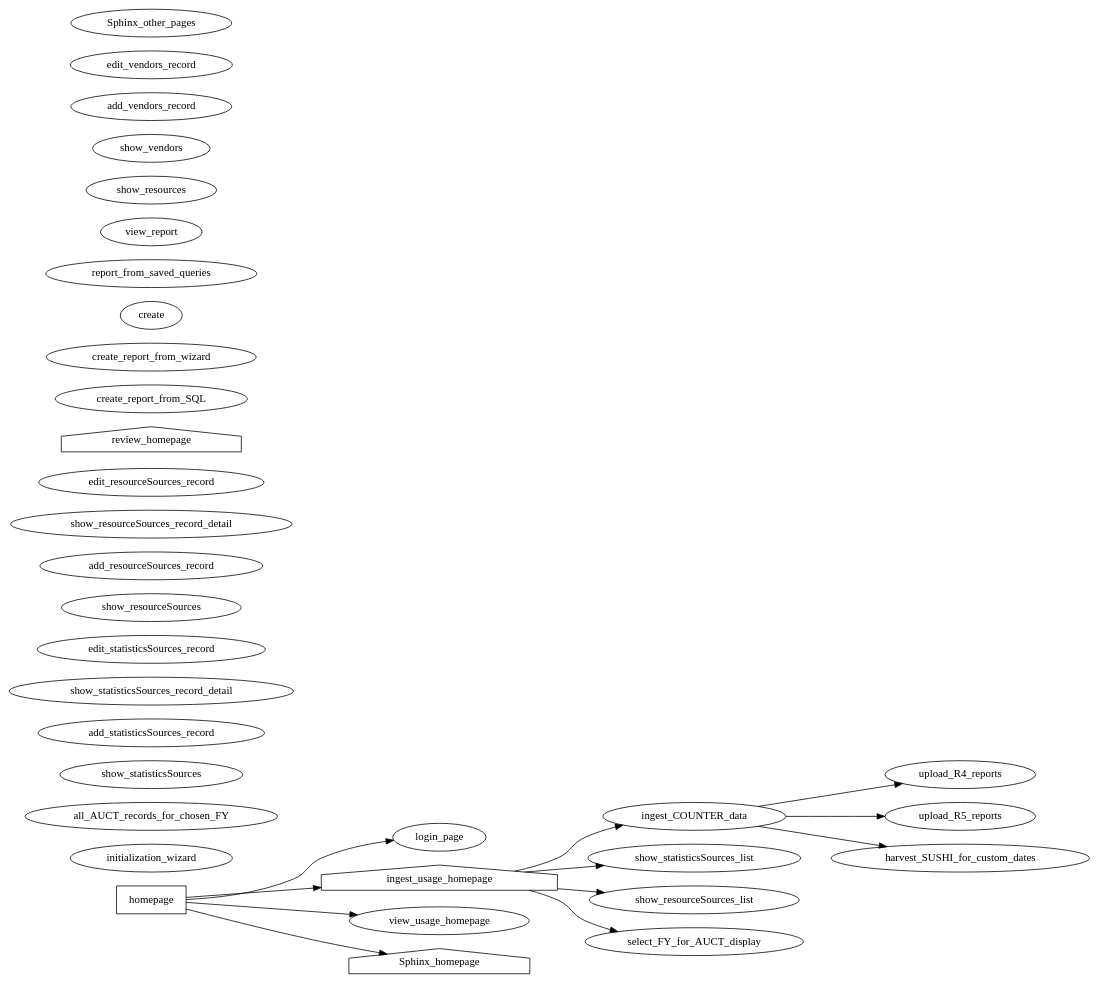
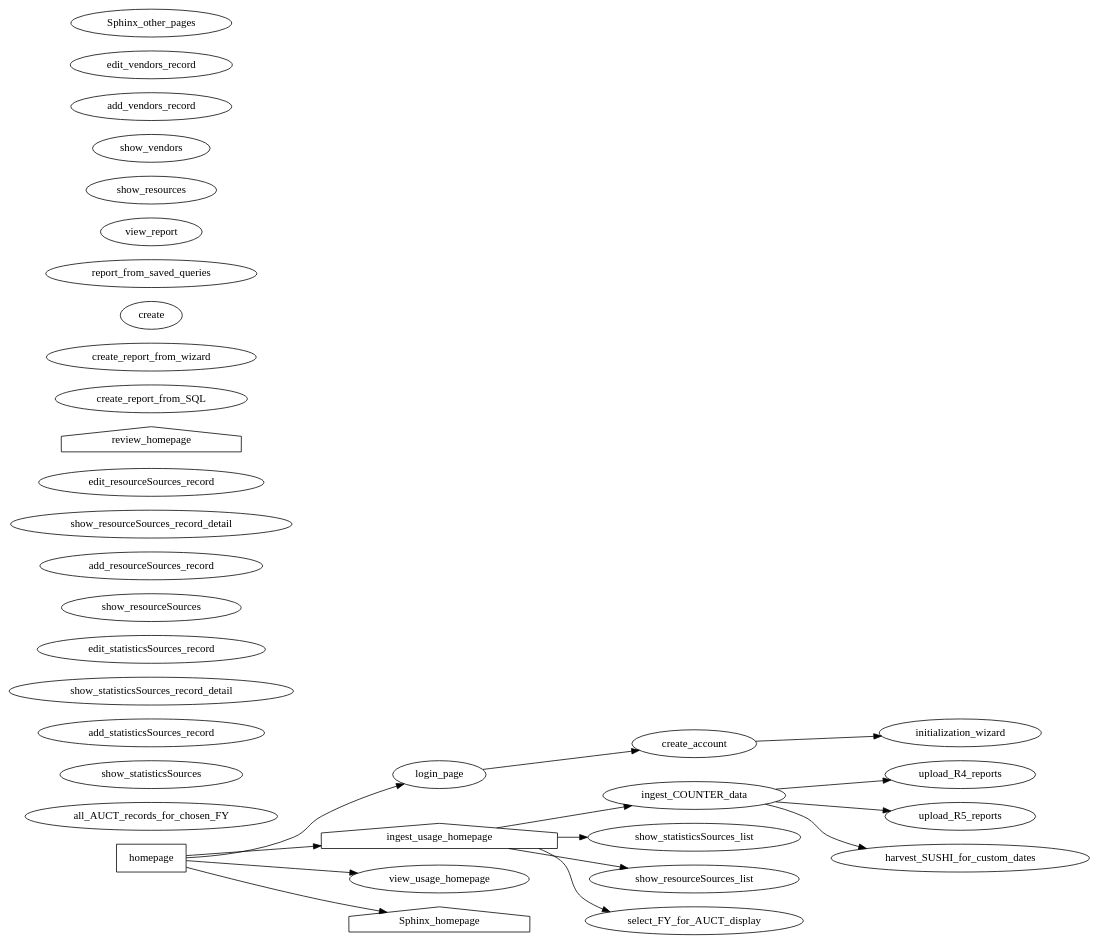
Before and after one commit to ereiskind/nolcat: the diagram in docs/source/sitemap.dot, drawn with Graphviz.

Commit message:
Add initialization wizard link

```diff
--- a/docs/source/sitemap.dot
+++ b/docs/source/sitemap.dot
@@ -1,106 +1,107 @@
 digraph nolcat_sitemap {
     /* *** NoLCAT SITEMAP *** */
     rankdir=LR
 
 
     /* *** Main NoLCAT Folder *** */
     homepage [shape="box"]
         homepage -> login_page
         homepage -> ingest_usage_homepage
         homepage -> view_usage_homepage
         homepage -> Sphinx_homepage
     login_page
+        login_page -> create_account
+    create_account
+        create_account -> initialization_wizard // Page in `ingest` section; linkage because program will request data for database initialization upon creation of first account
     // And any other pages needed for authentication
 
 
     /* *** `ingest` Blueprint *** */
     ingest_usage_homepage [shape="house"]
         ingest_usage_homepage -> ingest_COUNTER_data
         ingest_usage_homepage -> show_statisticsSources_list
         ingest_usage_homepage -> show_resourceSources_list
         ingest_usage_homepage -> select_FY_for_AUCT_display
     
     // Pages for ingesting COUNTER data
     ingest_COUNTER_data
         ingest_COUNTER_data -> upload_R4_reports
         ingest_COUNTER_data -> upload_R5_reports
         ingest_COUNTER_data -> harvest_SUSHI_for_custom_dates
     upload_R4_reports
     upload_R5_reports
     harvest_SUSHI_for_custom_dates
+    initialization_wizard
 
 
     /* *** `view` Blueprint *** */
     //
 
 
     /* *** Collecting Usage Statistics *** */
     // Pages for collecting usage statistics
-    
-    initialization_wizard
-    
     
 
     // Pages for organizing usage statistics collection
     select_FY_for_AUCT_display
         //select_FY_for_AUCT_display -> all_AUCT_records_for_chosen_FY
     all_AUCT_records_for_chosen_FY
     
     show_statisticsSources
         //show_statisticsSources -> add_statisticsSources_record
         //show_statisticsSources -> show_statisticsSources_record_detail
     add_statisticsSources_record
     show_statisticsSources_record_detail
         //show_statisticsSources_record_detail -> edit_statisticsSources_record
     edit_statisticsSources_record // Includes adding or editing notes
 
     show_resourceSources
         //show_resourceSources -> add_resourceSources_record
         //show_resourceSources -> show_resourceSources_record_detail
     add_resourceSources_record
     show_resourceSources_record_detail
         //show_resourceSources_record_detail -> edit_resourceSources_record
     edit_resourceSources_record // Includes adding or editing notes
 
 
     /* *** Reviewing Usage Statistics *** */
     // Pages for reviewing usage data
     review_homepage [shape="house"]
         //review_homepage -> create_report_from_SQL
         //review_homepage -> create_report_from_wizard
         //review_homepage -> create report_from_saved_queries
         //review_homepage -> show_resourceSources /* DUPLICATED BOX */
         //review_homepage -> show_resources
         //review_homepage -> show_vendors
     
     create_report_from_SQL // Runs a custom SQL statement against the database
     create_report_from_wizard // GUI options are used to write SQL behind the scenes
     create report_from_saved_queries // SQL statements that are either complete or only ask for one input for commonly asked questions
 
         //create_report_from_SQL -> view_report
         //create_report_from_wizard -> view_report
         //create_report_from_saved_queries -> view_report
     view_report
 
     show_resources // Meaning the items in the resources table
     
         //show_resourceSources -> add_resourceSources_record
     add_resourceSources_record
         //show_resourceSources_record_detail -> edit_resourceSources_record
     edit_resourceSources_record // Includes adding or editing notes
     /* A way to handle adding `statisticsSources` to these `resourcesSources` must be developed */
 
     show_vendors
         //show_vendors -> add_vendors_record
     add_vendors_record
         //show_vendors_record_detail -> edit_vendors_record
     edit_vendors_record // Includes adding or editing notes
 
 
     /* *** Program Documentation *** */
     // The Sphinx documentation for the web app
     Sphinx_homepage [shape="house"]
         //Sphinx_homepage -> Sphinx_other_pages
 
     Sphinx_other_pages // Use Sphinx itself for site organization
 }
```
